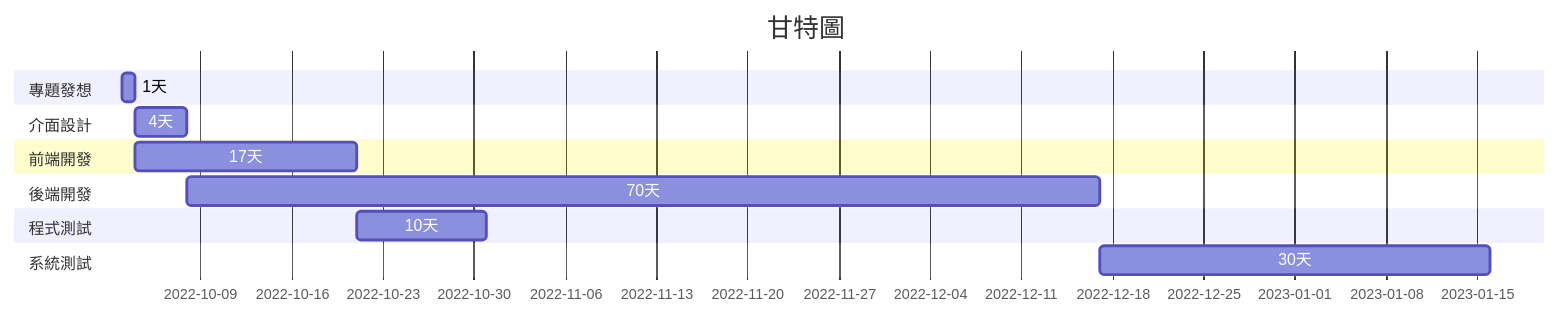
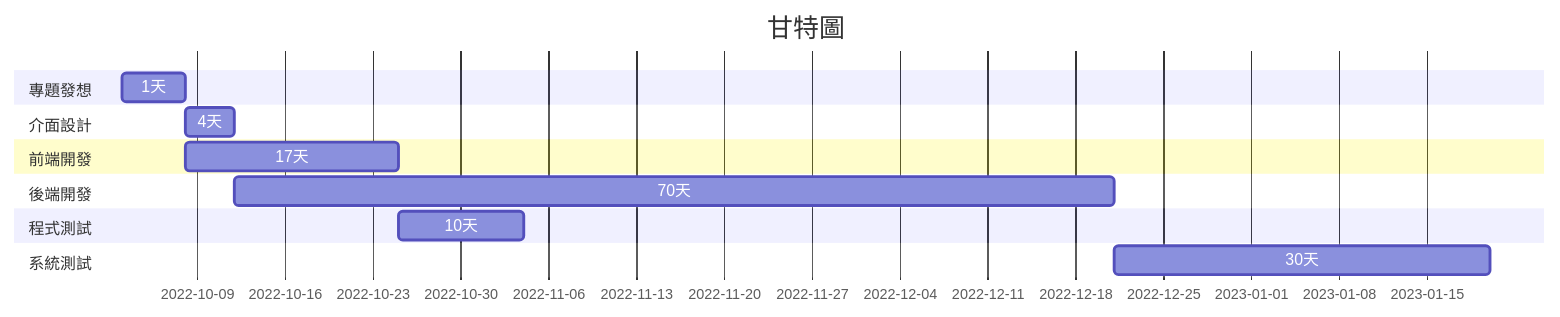
The diagram in README.md (noman248/Group), drawn with Mermaid before and after one commit.

````diff
--- a/README.md
+++ b/README.md
@@ -16,22 +16,22 @@
 ```mermaid
 gantt
     title 甘特圖
     section 專題發想
-    1天:a1, 2022-10-03, 1d
+    1天:a1, 2022-10-03, 5d
     
     section 介面設計
     4天:a2,after a1  , 4d
     
     section 前端開發
     17天:a3,after a1  , 17d
     
     section 後端開發
     70天:a4,after a2  , 70d 
     
     section 程式測試
     10天:a5,after a3  , 10d
     
     section 系統測試
     30天:a6,after a4  , 30d
     
 ```
````
